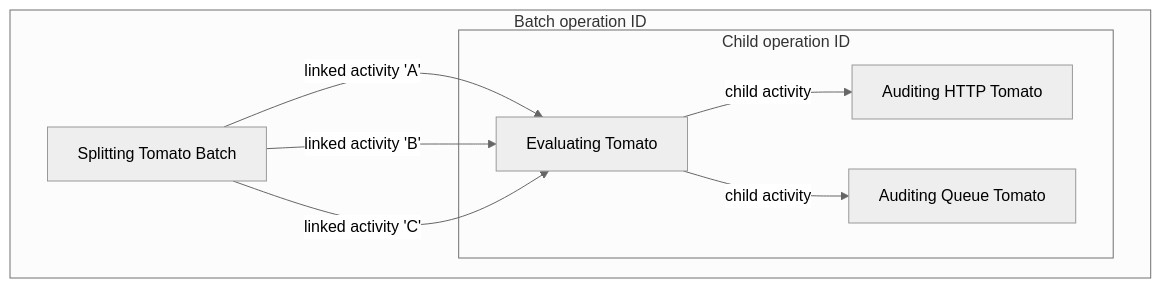
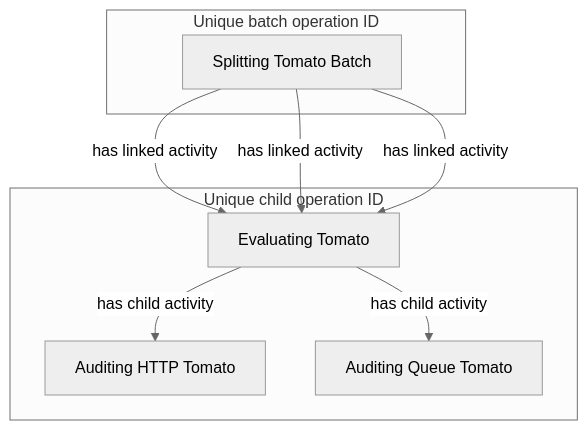
The second of 3 diagrams in README.md (erwinkramer/otel-business), drawn with Mermaid (neutral theme) before and after one commit. The commit also changed other lines of this file, not shown here.

````diff
--- a/README.md
+++ b/README.md
@@ -81,24 +83,24 @@
 ```mermaid
-flowchart TB
+flowchart TD
 
 act_evaluating["Evaluating Tomato"]
 act_audit_http["Auditing HTTP Tomato"]
 act_audit_queue["Auditing Queue Tomato"]
 
-subgraph op_parent["Batch operation ID"]
-
-act_splitting -- linked activity 'A'--> act_evaluating
-act_splitting -- linked activity 'B' --> act_evaluating
-act_splitting -- linked activity 'C' --> act_evaluating
+subgraph op_parent["Unique batch operation ID"]
 
 act_splitting["Splitting Tomato Batch"]
 
-subgraph op_child["Child operation ID"]
+end
 
+subgraph op_child["Unique child operation ID"]
 
-act_evaluating -- child activity --> act_audit_http
-act_evaluating -- child activity --> act_audit_queue
+act_splitting -- has linked activity --> act_evaluating
+act_splitting -- has linked activity --> act_evaluating
+act_splitting -- has linked activity --> act_evaluating
+
+act_evaluating -- has child activity --> act_audit_http
+act_evaluating -- has child activity --> act_audit_queue
 
 end
-end
 ```
````
